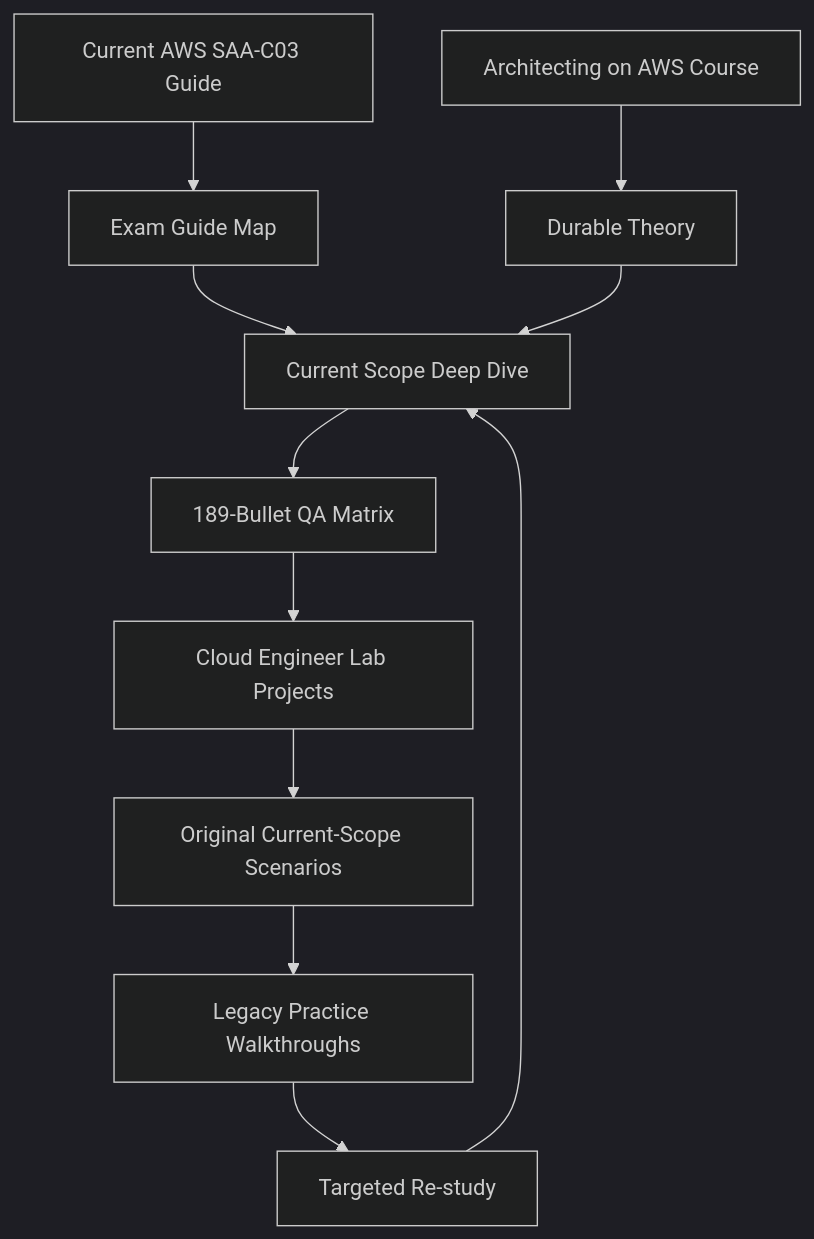
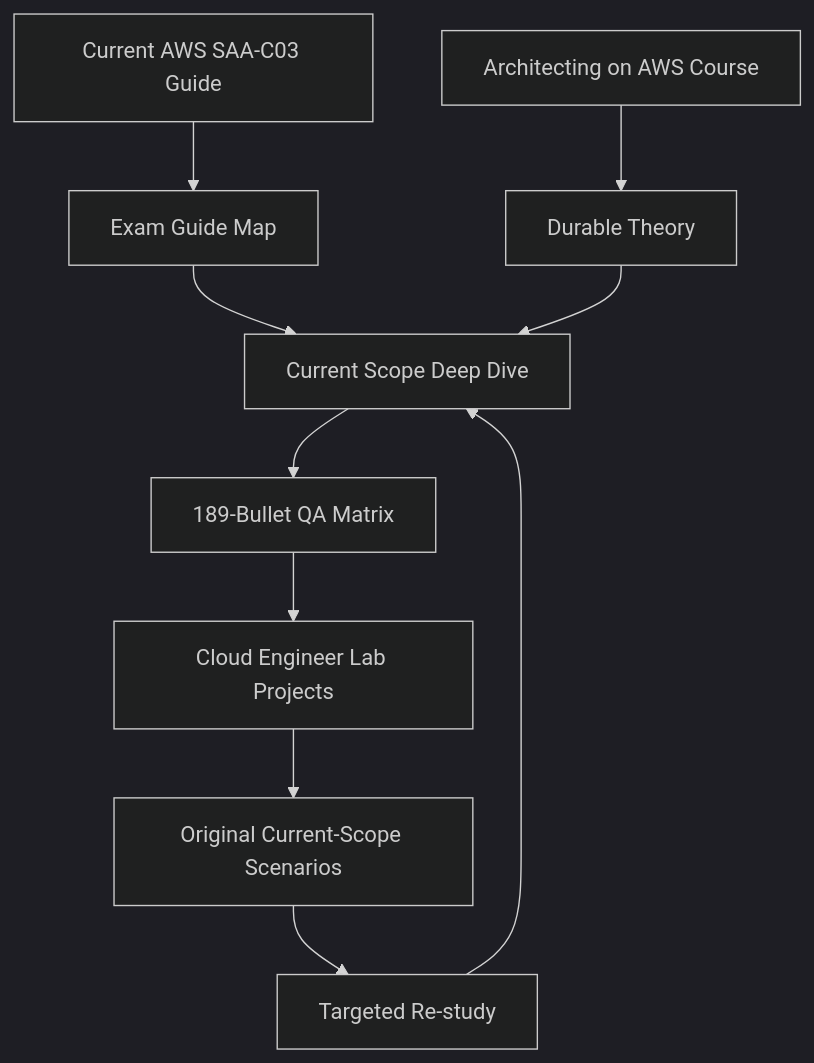
One commit to somkid-s5/Personal-Knowledge-Base changed the diagram in AWS/Certifications/SAA-C03/README.md. Above: the diagram before and after it, drawn with Mermaid (dark theme). The commit also changed other lines of this file, not shown here.

Commit message:
Remove retired legacy practice layer from SAA hub

````diff
--- a/AWS/Certifications/SAA-C03/README.md
+++ b/AWS/Certifications/SAA-C03/README.md
@@ -28,13 +29,12 @@
 ```mermaid
 flowchart TD
     GUIDE[Current AWS SAA-C03 Guide] --> MAP[Exam Guide Map]
     COURSE[Architecting on AWS Course] --> THEORY[Durable Theory]
     MAP --> GAP[Current Scope Deep Dive]
     THEORY --> GAP
     GAP --> QA[189-Bullet QA Matrix]
     QA --> LAB[Cloud Engineer Lab Projects]
     LAB --> OWN[Original Current-Scope Scenarios]
-    OWN --> LEGACY[Legacy Practice Walkthroughs]
-    LEGACY --> WEAK[Targeted Re-study]
+    OWN --> WEAK[Targeted Re-study]
     WEAK --> GAP
 ```
````
